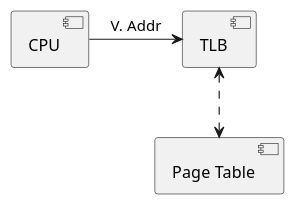
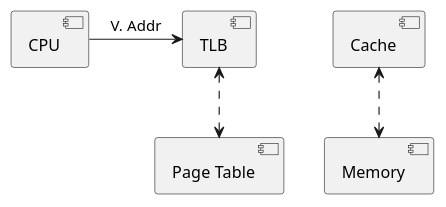
One commit to ashwinreddy/wiki changed the diagram in Computer-Science/Page table.md. Above: the diagram before and after it, drawn with PlantUML.

Commit message:
Updated Page table.md (markdown)

```diff
--- a/Computer-Science/Page table.md
+++ b/Computer-Science/Page table.md
@@ -6,8 +6,11 @@
 @startuml
 [CPU]
 [TLB]
 [Page Table]
+[Cache]
+[Memory]
 
 [CPU] -> [TLB]: V. Addr
 [TLB] <..> [Page Table]
+[Cache] <..> [Memory]
 @enduml
```
